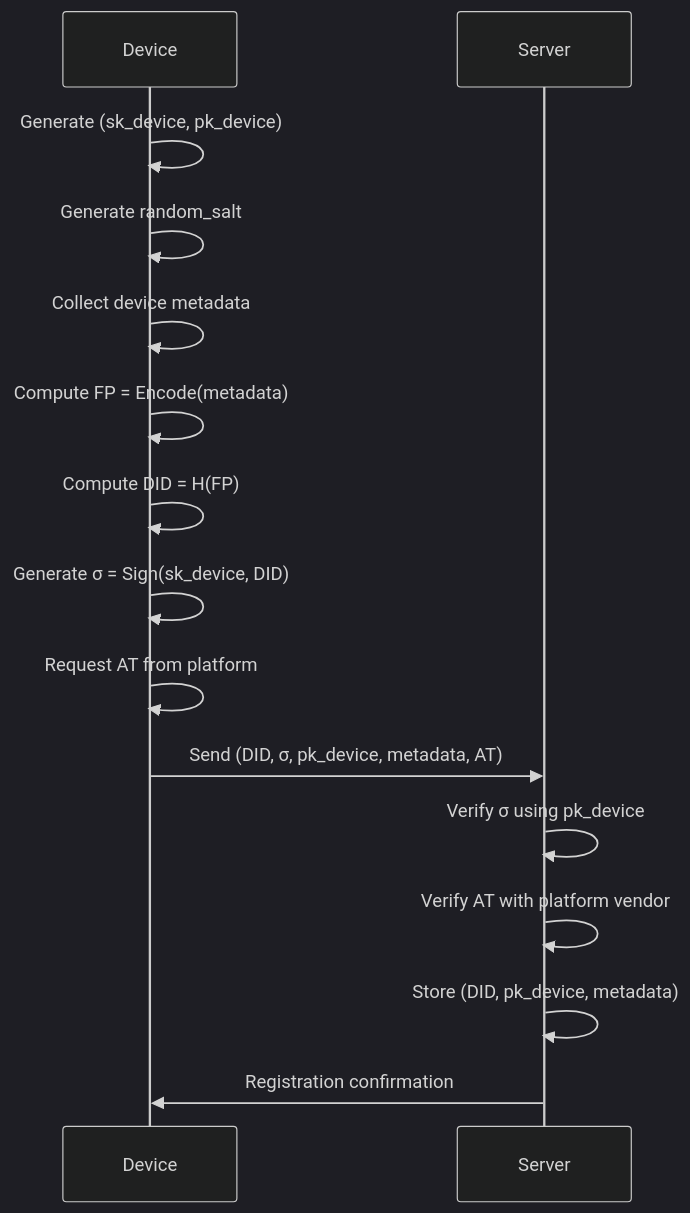
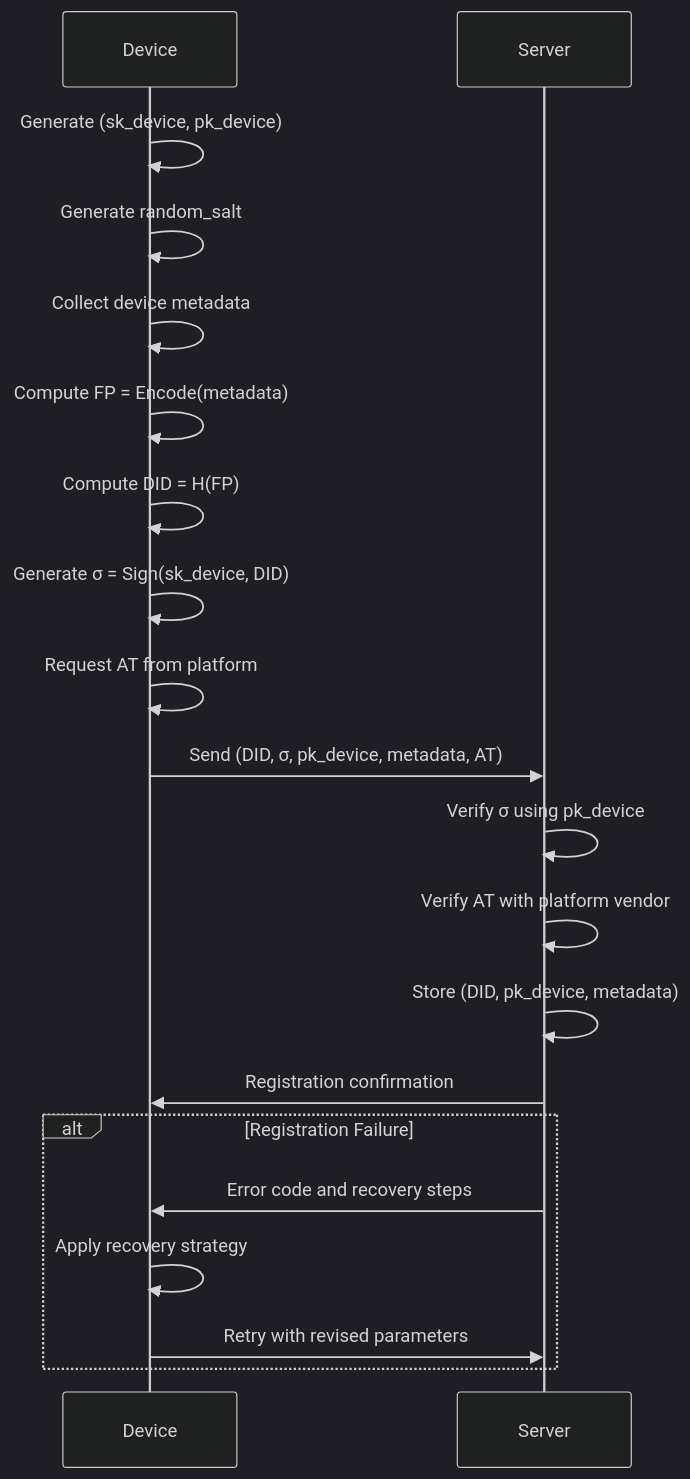
Before and after one commit to AWEverse/awe-web: the second of 2 diagrams in src/lib/core/public/cryptography/public/DIDP/Readme.md, drawn with Mermaid (dark theme). The commit also changed other lines of this file and 15 other files, not shown here.

````diff
--- a/src/lib/core/public/cryptography/public/DIDP/Readme.md
+++ b/src/lib/core/public/cryptography/public/DIDP/Readme.md
@@ -189,18 +208,24 @@
 ```mermaid
 sequenceDiagram
     participant Device
     participant Server
 
     Device->>Device: Generate (sk_device, pk_device)
     Device->>Device: Generate random_salt
     Device->>Device: Collect device metadata
     Device->>Device: Compute FP = Encode(metadata)
     Device->>Device: Compute DID = H(FP)
     Device->>Device: Generate σ = Sign(sk_device, DID)
     Device->>Device: Request AT from platform
     Device->>Server: Send (DID, σ, pk_device, metadata, AT)
     Server->>Server: Verify σ using pk_device
     Server->>Server: Verify AT with platform vendor
     Server->>Server: Store (DID, pk_device, metadata)
     Server->>Device: Registration confirmation
+
+    alt Registration Failure
+        Server->>Device: Error code and recovery steps
+        Device->>Device: Apply recovery strategy
+        Device->>Server: Retry with revised parameters
+    end
 ```
````
